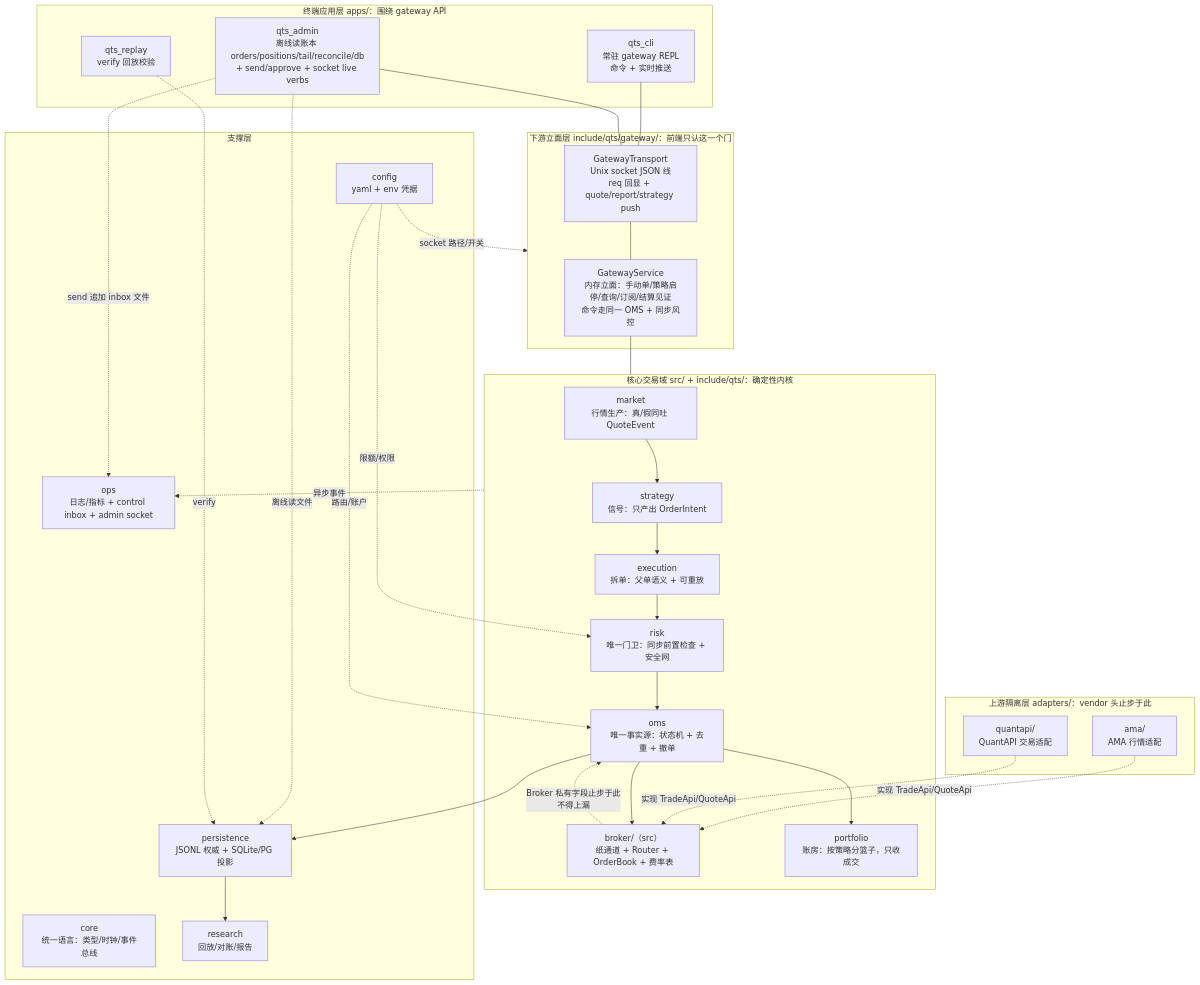
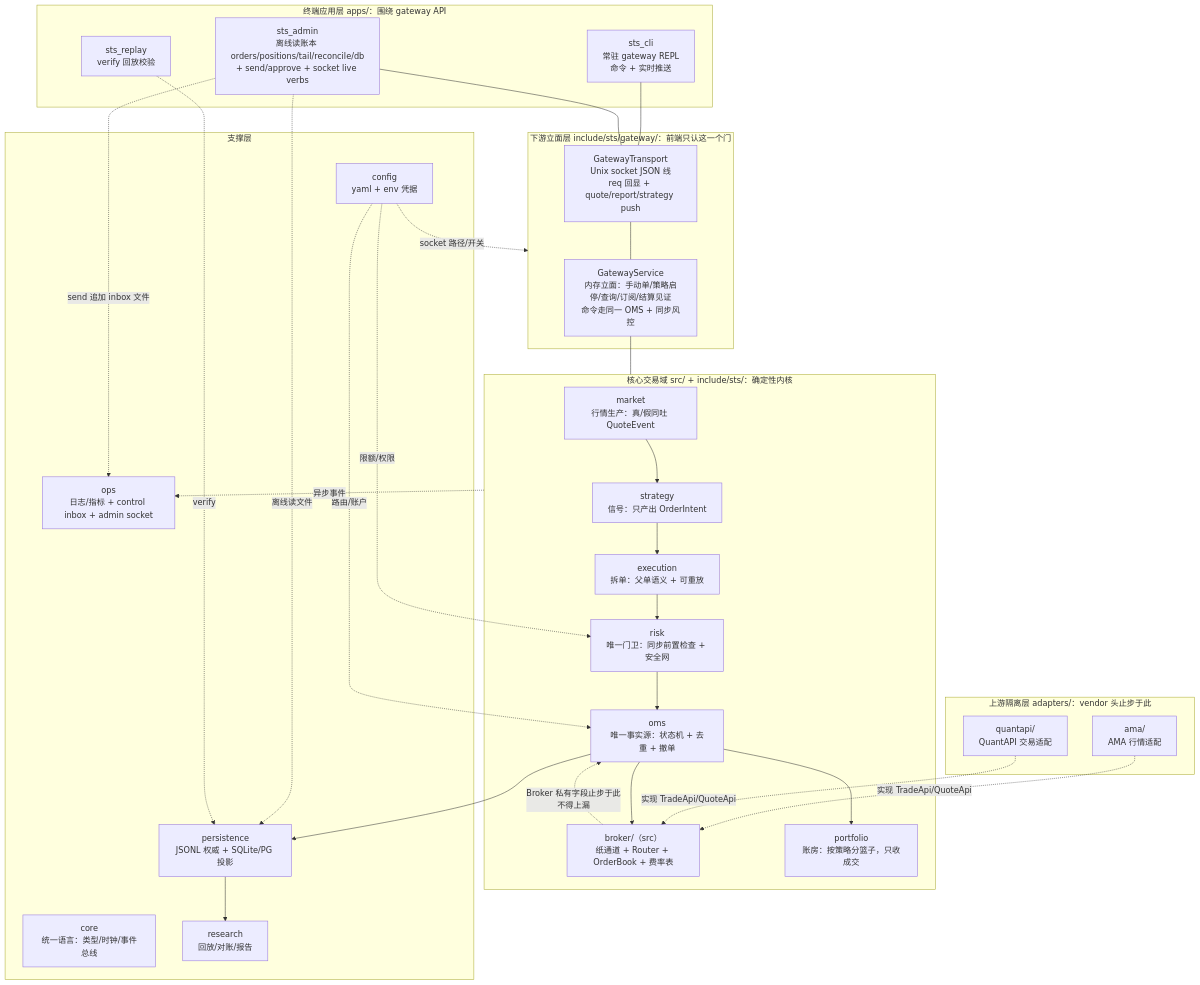
Before and after one commit to viviwu/sts: the first of 2 diagrams in README.md, drawn with Mermaid. The commit also changed other lines of this file and 207 other files, not shown here.

````diff
--- a/README.md
+++ b/README.md
@@ -72,53 +72,53 @@
 ```mermaid
 flowchart TB
     subgraph APP["终端应用层 apps/：围绕 gateway API"]
-        CLI["qts_cli<br/>常驻 gateway REPL<br/>命令 + 实时推送"]
-        ADMIN["qts_admin<br/>离线读账本 orders/positions/tail/reconcile/db<br/>+ send/approve + socket live verbs"]
-        REPLAY["qts_replay<br/>verify 回放校验"]
+        CLI["sts_cli<br/>常驻 gateway REPL<br/>命令 + 实时推送"]
+        ADMIN["sts_admin<br/>离线读账本 orders/positions/tail/reconcile/db<br/>+ send/approve + socket live verbs"]
+        REPLAY["sts_replay<br/>verify 回放校验"]
     end
 
-    subgraph GW["下游立面层 include/qts/gateway/：前端只认这一个门"]
+    subgraph GW["下游立面层 include/sts/gateway/：前端只认这一个门"]
         SVC["GatewayService<br/>内存立面：手动单/策略启停/查询/订阅/结算见证<br/>命令走同一 OMS + 同步风控"]
         TRP["GatewayTransport<br/>Unix socket JSON 线<br/>req 回显 + quote/report/strategy push"]
     end
 
     subgraph ADAPT["上游隔离层 adapters/：vendor 头止步于此"]
         AMA["ama/<br/>AMA 行情适配"]
         QAPI["quantapi/<br/>QuantAPI 交易适配"]
     end
 
-    subgraph DOMAIN["核心交易域 src/ + include/qts/：确定性内核"]
+    subgraph DOMAIN["核心交易域 src/ + include/sts/：确定性内核"]
         MARKET["market<br/>行情生产：真/假同吐 QuoteEvent"]
         STRAT["strategy<br/>信号：只产出 OrderIntent"]
         EXEC["execution<br/>拆单：父单语义 + 可重放"]
         RISK["risk<br/>唯一门卫：同步前置检查 + 安全网"]
         OMS["oms<br/>唯一事实源：状态机 + 去重 + 撤单"]
         PAPER["broker/（src）<br/>纸通道 + Router + OrderBook + 费率表"]
         PORTF["portfolio<br/>账房：按策略分篮子，只收成交"]
     end
 
     subgraph SUPP["支撑层"]
         CORE["core<br/>统一语言：类型/时钟/事件总线"]
         CFG["config<br/>yaml + env 凭据"]
         PERS["persistence<br/>JSONL 权威 + SQLite/PG 投影"]
         RES["research<br/>回放/对账/报告"]
         OPS["ops<br/>日志/指标 + control inbox + admin socket"]
     end
 
     CLI & ADMIN --- TRP
     TRP --- SVC
     SVC --- DOMAIN
     ADMIN -.离线读文件.-> PERS
     ADMIN -.send 追加 inbox 文件.-> OPS
     REPLAY -.verify.-> PERS
     AMA & QAPI -.实现 TradeApi/QuoteApi.-> PAPER
     PAPER -.Broker 私有字段止步于此<br/>不得上漏.-> OMS
     MARKET --> STRAT --> EXEC --> RISK --> OMS --> PAPER
     OMS --> PORTF
     OMS --> PERS
     PERS --> RES
     DOMAIN -.异步事件.-> OPS
     CFG -.限额/权限.-> RISK
     CFG -.路由/账户.-> OMS
     CFG -.socket 路径/开关.-> GW
 ```
````
